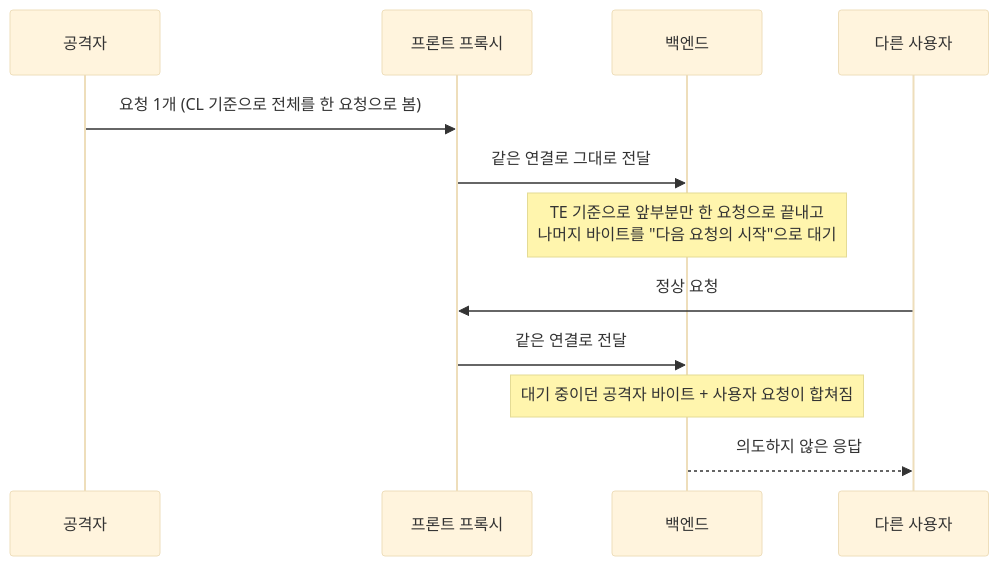
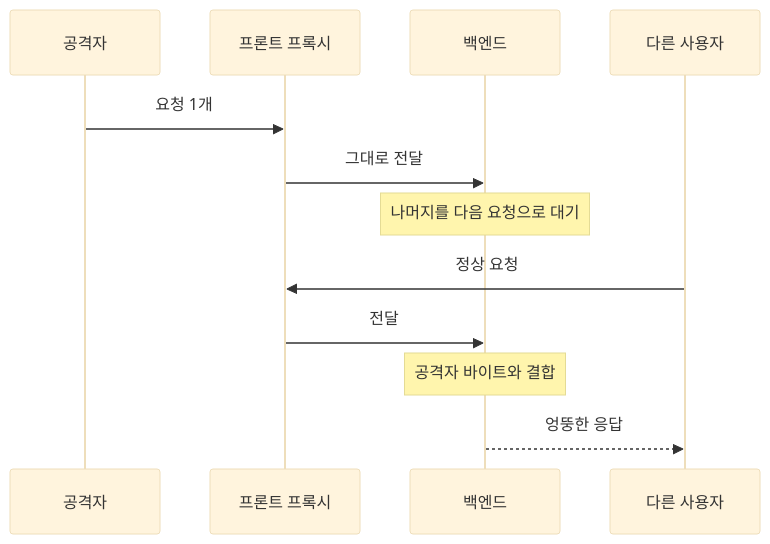
Before and after one commit to logiciris/logiciris.github.io: the diagram in _notes/http-request-smuggling.md, drawn with Mermaid (base theme). The commit also changed 28 other files, not shown here.

Commit message:
Notes batches 1-2: qa fixes (accuracy, links, mermaid labels)

````diff
--- a/_notes/http-request-smuggling.md
+++ b/_notes/http-request-smuggling.md
@@ -29,14 +29,14 @@
 ```mermaid
 sequenceDiagram
     participant A as 공격자
     participant P as 프론트 프록시
     participant B as 백엔드
     participant V as 다른 사용자
-    A->>P: 요청 1개 (CL 기준으로 전체를 한 요청으로 봄)
-    P->>B: 같은 연결로 그대로 전달
-    Note over B: TE 기준으로 앞부분만 한 요청으로 끝내고<br/>나머지 바이트를 "다음 요청의 시작"으로 대기
+    A->>P: 요청 1개
+    P->>B: 그대로 전달
+    Note over B: 나머지를 다음 요청으로 대기
     V->>P: 정상 요청
-    P->>B: 같은 연결로 전달
-    Note over B: 대기 중이던 공격자 바이트 + 사용자 요청이 합쳐짐
-    B-->>V: 의도하지 않은 응답
+    P->>B: 전달
+    Note over B: 공격자 바이트와 결합
+    B-->>V: 엉뚱한 응답
 ```
````
